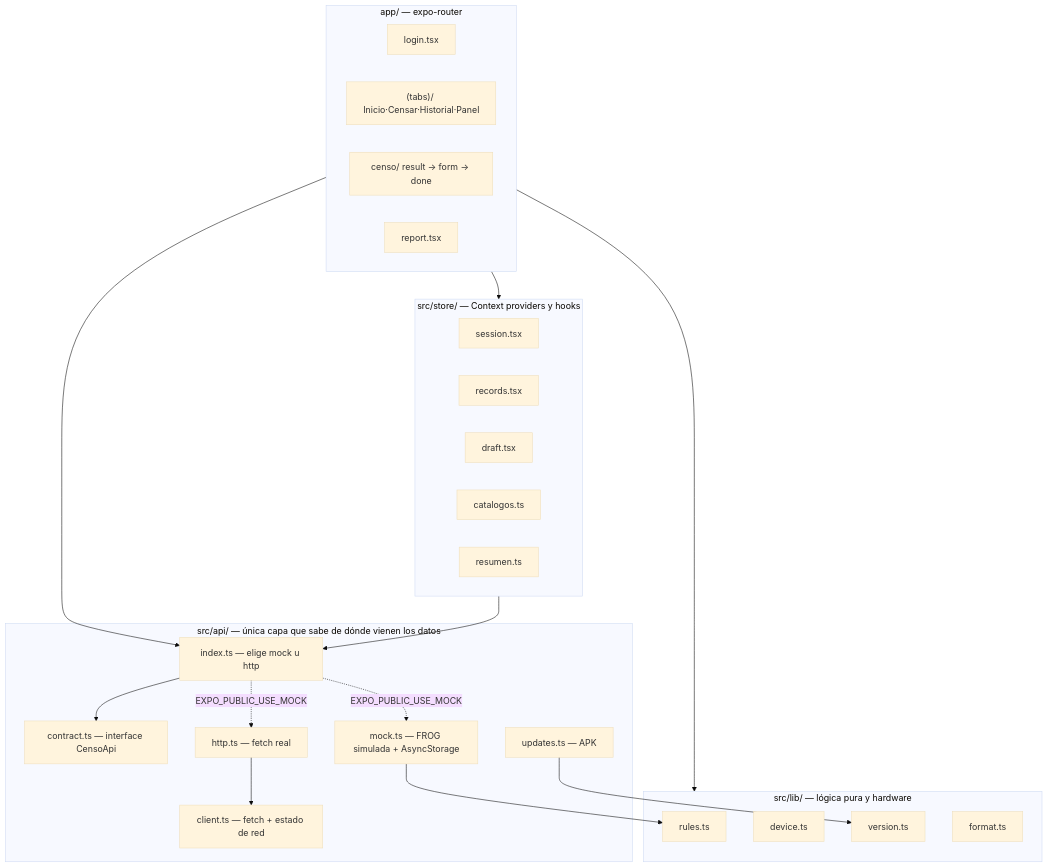
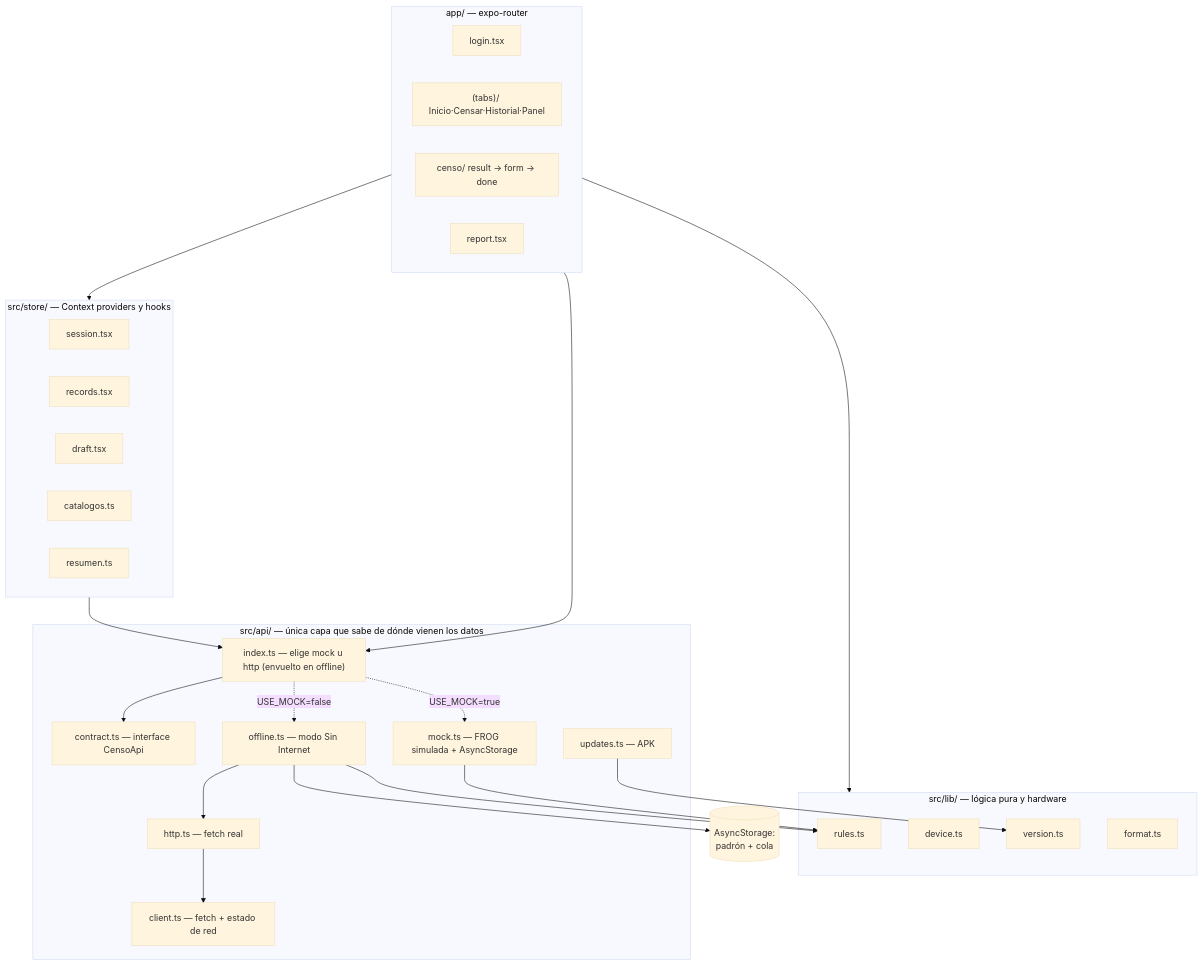
One commit to YaxOFF/CensoCoolerAAOCSA_REACT changed the diagram in docs/README.md. Above: the diagram before and after it, drawn with Mermaid (base theme). The commit also changed other lines of this file and 22 other files, not shown here.

````diff
--- a/docs/README.md
+++ b/docs/README.md
@@ -68,44 +70,48 @@
 ```mermaid
 flowchart TD
     subgraph Pantallas["app/ — expo-router"]
         Login[login.tsx]
         Tabs["(tabs)/ Inicio·Censar·Historial·Panel"]
         Censo["censo/ result → form → done"]
         Report[report.tsx]
     end
 
     subgraph Store["src/store/ — Context providers y hooks"]
         Session[session.tsx]
         Records[records.tsx]
         Draft[draft.tsx]
         Catalogos[catalogos.ts]
         Resumen[resumen.ts]
     end
 
     subgraph Lib["src/lib/ — lógica pura y hardware"]
         Rules[rules.ts]
         Device[device.ts]
         Version[version.ts]
         Format[format.ts]
     end
 
     subgraph Api["src/api/ — única capa que sabe de dónde vienen los datos"]
         Contract["contract.ts — interface CensoApi"]
         Mock["mock.ts — FROG simulada + AsyncStorage"]
         Http["http.ts — fetch real"]
         Client["client.ts — fetch + estado de red"]
+        Offline["offline.ts — modo Sin Internet"]
         Updates["updates.ts — APK"]
-        Index["index.ts — elige mock u http"]
+        Index["index.ts — elige mock u http (envuelto en offline)"]
     end
 
     Pantallas --> Store
     Pantallas --> Lib
     Pantallas --> Index
     Store --> Index
     Index --> Contract
-    Index -.EXPO_PUBLIC_USE_MOCK.-> Mock
-    Index -.EXPO_PUBLIC_USE_MOCK.-> Http
+    Index -.USE_MOCK=true.-> Mock
+    Index -.USE_MOCK=false.-> Offline
     Mock --> Rules
+    Offline --> Http
+    Offline --> Rules
+    Offline --> Cache[("AsyncStorage:\npadrón + cola")]
     Http --> Client
     Updates --> Version
 ```
````
